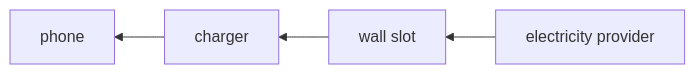
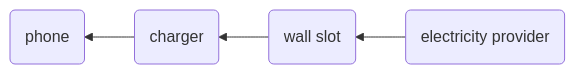
Diagram 16 of 17 in todo/2023/June/2023-06-26.md (SuxinL/Notes), drawn with Mermaid before and after one commit. The commit also changed other lines of this file, not shown here.

Commit message:
todo/2023/June/2023-06-26.md updated from https://stackedit.io/

````diff
--- a/todo/2023/June/2023-06-26.md
+++ b/todo/2023/June/2023-06-26.md
@@ -118,8 +118,8 @@
         ```mermaid
         flowchart RL
-        PH[phone]
-        CHG[charger]
-        WS[wall slot]
-        EP[electricity provider]
+        PH(phone)
+        CHG(charger)
+        WS(wall slot)
+        EP(electricity provider)
         EP --> WS --> CHG --> PH
         ``` 
````
